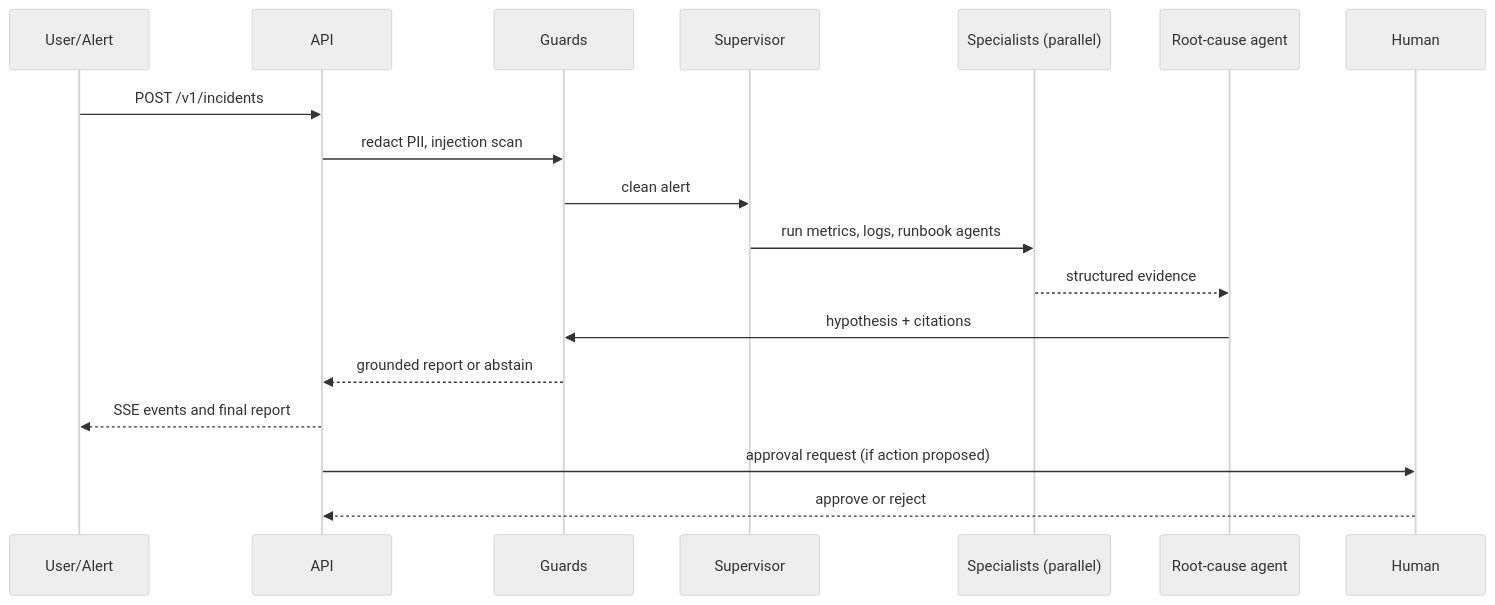
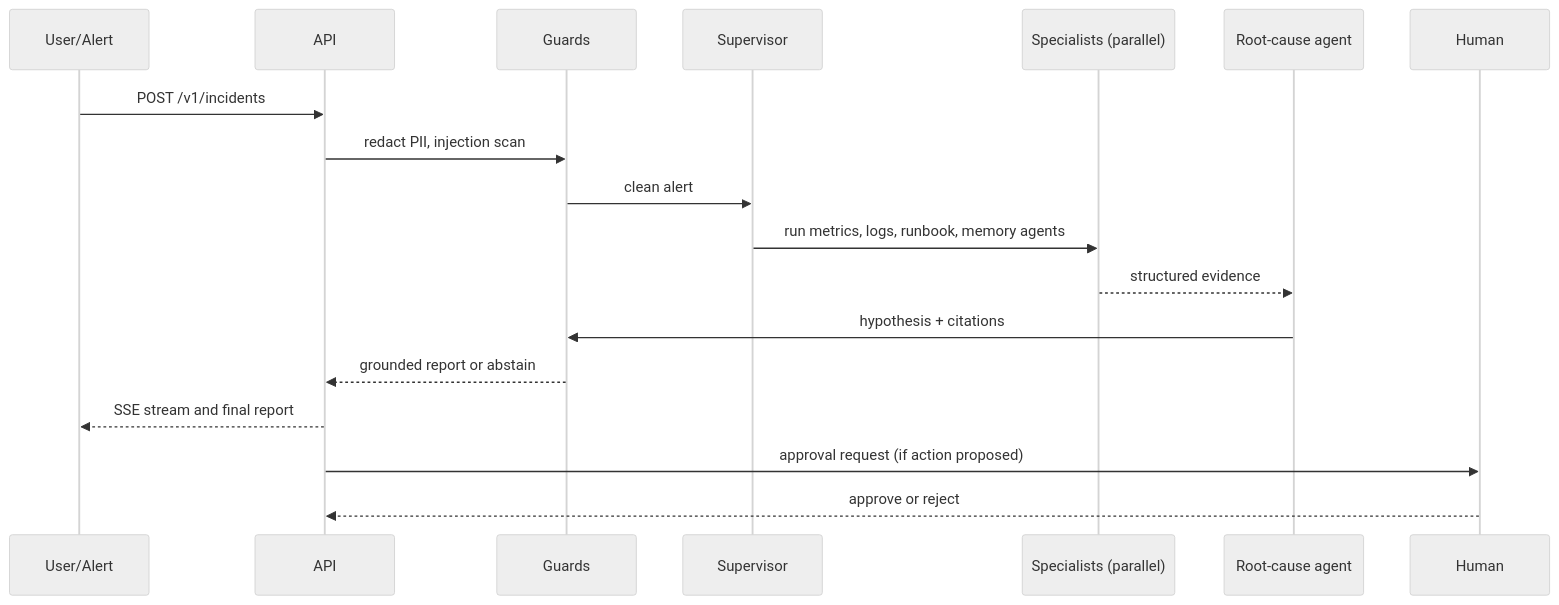
The second of 2 diagrams in docs/02_ARCHITECTURE.md (MayankV004/incidentiq), drawn with Mermaid (neutral theme) before and after one commit. The commit also changed other lines of this file and 18 other files, not shown here.

````diff
--- a/docs/02_ARCHITECTURE.md
+++ b/docs/02_ARCHITECTURE.md
@@ -60,20 +62,20 @@
 ```mermaid
 sequenceDiagram
   participant U as User/Alert
   participant A as API
   participant G as Guards
   participant S as Supervisor
   participant X as Specialists (parallel)
   participant R as Root-cause agent
   participant H as Human
   U->>A: POST /v1/incidents
   A->>G: redact PII, injection scan
   G->>S: clean alert
-  S->>X: run metrics, logs, runbook agents
+  S->>X: run metrics, logs, runbook, memory agents
   X-->>R: structured evidence
   R->>G: hypothesis + citations
   G-->>A: grounded report or abstain
-  A-->>U: SSE events and final report
+  A-->>U: SSE stream and final report
   A->>H: approval request (if action proposed)
   H-->>A: approve or reject
 ```
````
